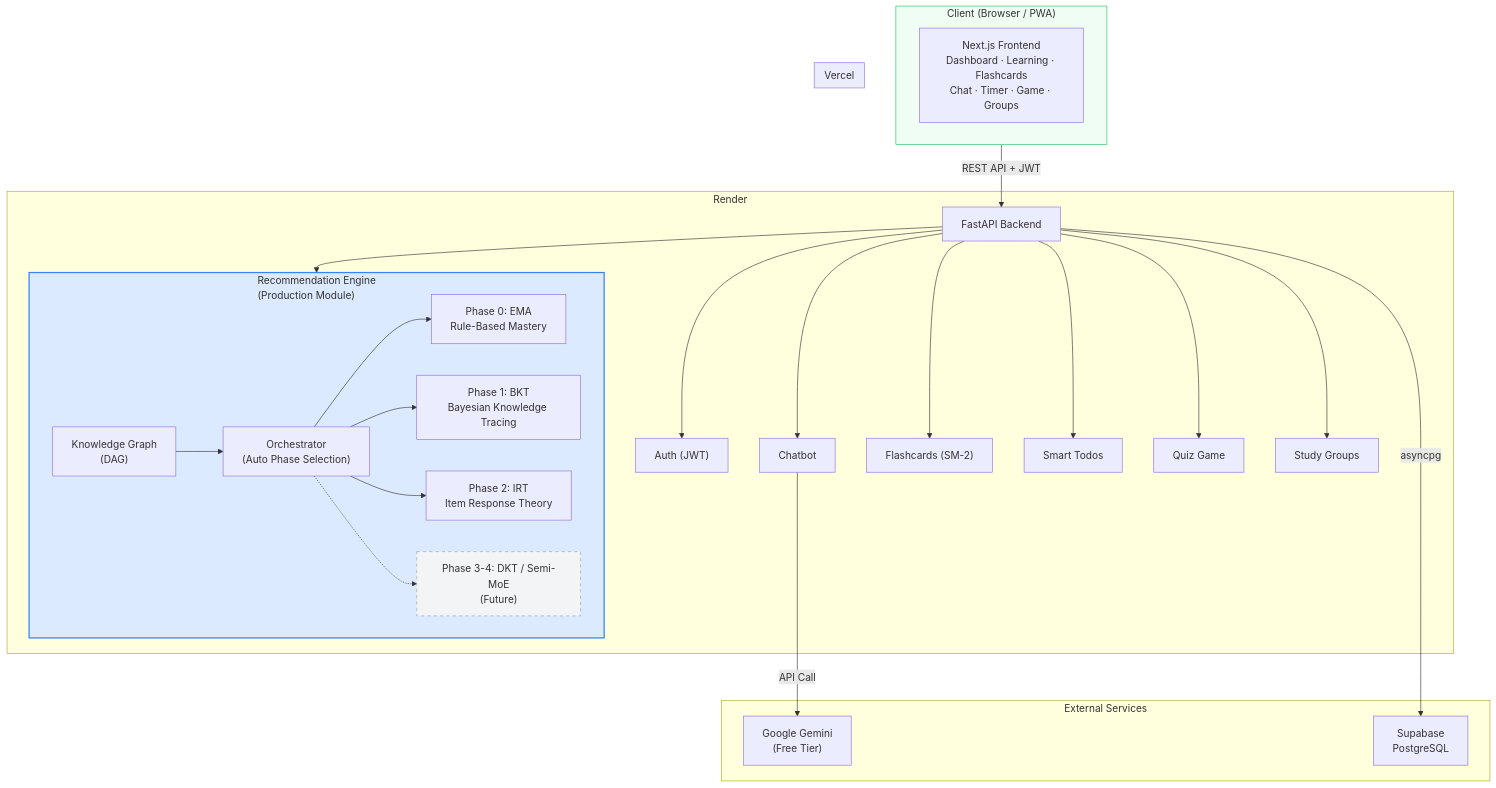
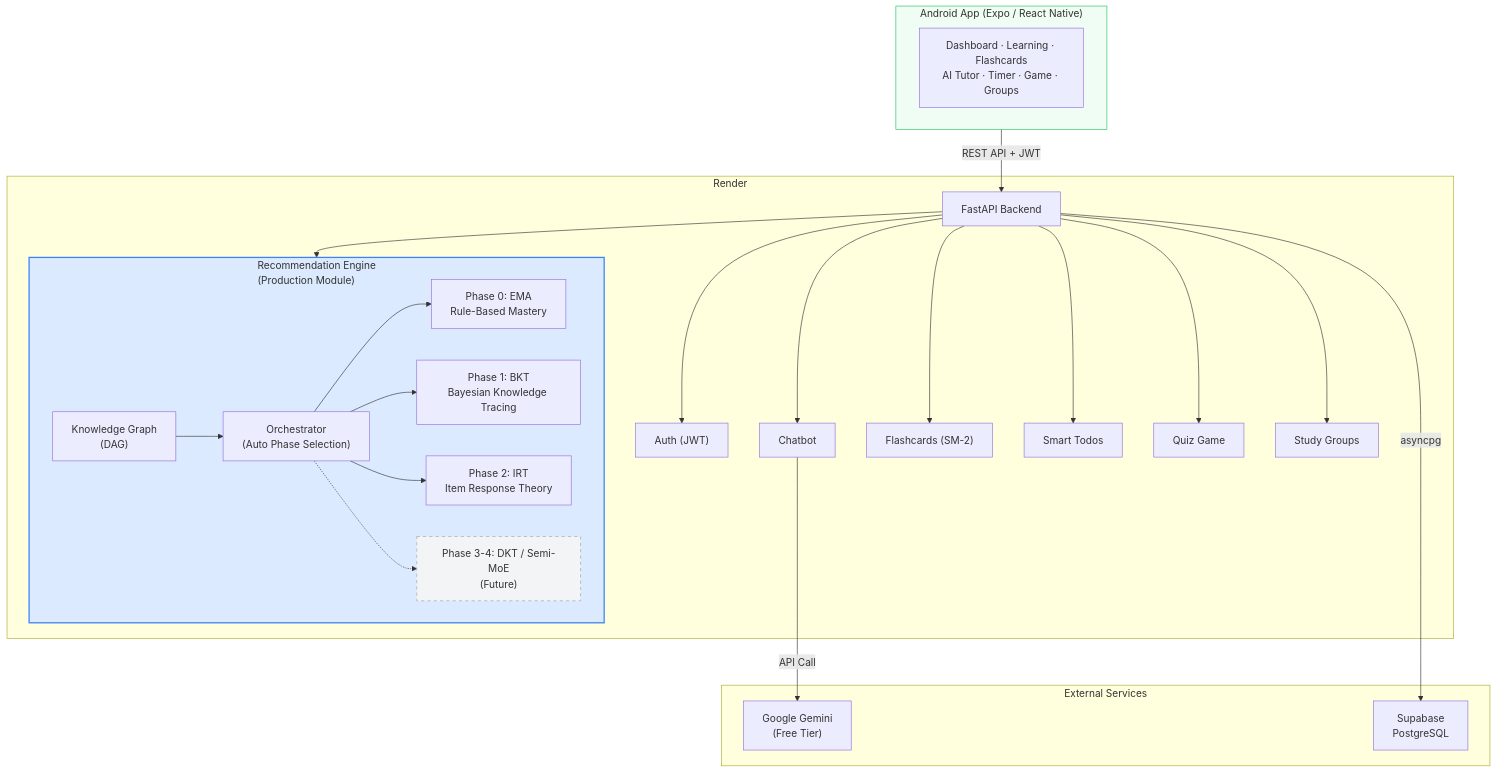
Before and after one commit to adarsh-67r/Anvesh: the first of 3 diagrams in README.md, drawn with Mermaid. The commit also changed other lines of this file, not shown here.

Commit message:
Update README for the Expo app, Render deployment and new features

````diff
--- a/README.md
+++ b/README.md
@@ -67,53 +68,49 @@
 ```mermaid
 flowchart TB
-    subgraph Client["Client (Browser / PWA)"]
-        FE["Next.js Frontend<br/>Dashboard · Learning · Flashcards<br/>Chat · Timer · Game · Groups"]
-    end
-
-    subgraph Vercel["Vercel"]
-        FE
+    subgraph Client["Android App (Expo / React Native)"]
+        FE["Dashboard · Learning · Flashcards<br/>AI Tutor · Timer · Game · Groups"]
     end
 
     subgraph Render["Render"]
         API["FastAPI Backend"]
         subgraph RecEngine["Recommendation Engine<br/>(Production Module)"]
             KG["Knowledge Graph<br/>(DAG)"]
             ORC["Orchestrator<br/>(Auto Phase Selection)"]
             EMA["Phase 0: EMA<br/>Rule-Based Mastery"]
             BKT["Phase 1: BKT<br/>Bayesian Knowledge Tracing"]
             IRT["Phase 2: IRT<br/>Item Response Theory"]
             FUTURE["Phase 3-4: DKT / Semi-MoE<br/>(Future)"]
         end
         AUTH["Auth (JWT)"]
         CHAT["Chatbot"]
         FLASH["Flashcards (SM-2)"]
         TODOS["Smart Todos"]
         GAME["Quiz Game"]
         GROUPS["Study Groups"]
     end
 
     subgraph External["External Services"]
         GEMINI["Google Gemini<br/>(Free Tier)"]
         SUPA["Supabase<br/>PostgreSQL"]
     end
 
     Client -->|REST API + JWT| API
     API --> RecEngine
     API --> AUTH
     API --> CHAT
     API --> FLASH
     API --> TODOS
     API --> GAME
     API --> GROUPS
     ORC --> EMA
     ORC --> BKT
     ORC --> IRT
     ORC -.-> FUTURE
     KG --> ORC
     CHAT -->|API Call| GEMINI
     API -->|asyncpg| SUPA
 
     style RecEngine fill:#dbeafe,stroke:#3b82f6,stroke-width:2px
     style FUTURE fill:#f3f4f6,stroke:#9ca3af,stroke-dasharray: 5 5
     style Client fill:#f0fdf4,stroke:#22c55e
 ```
````
